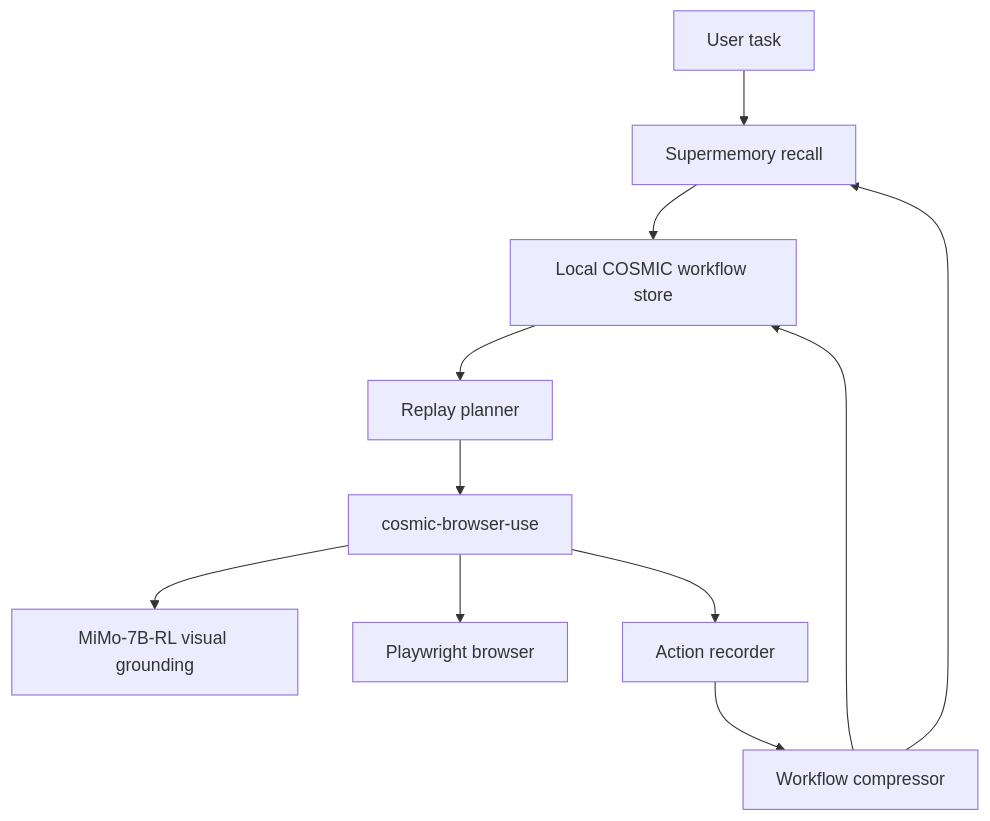
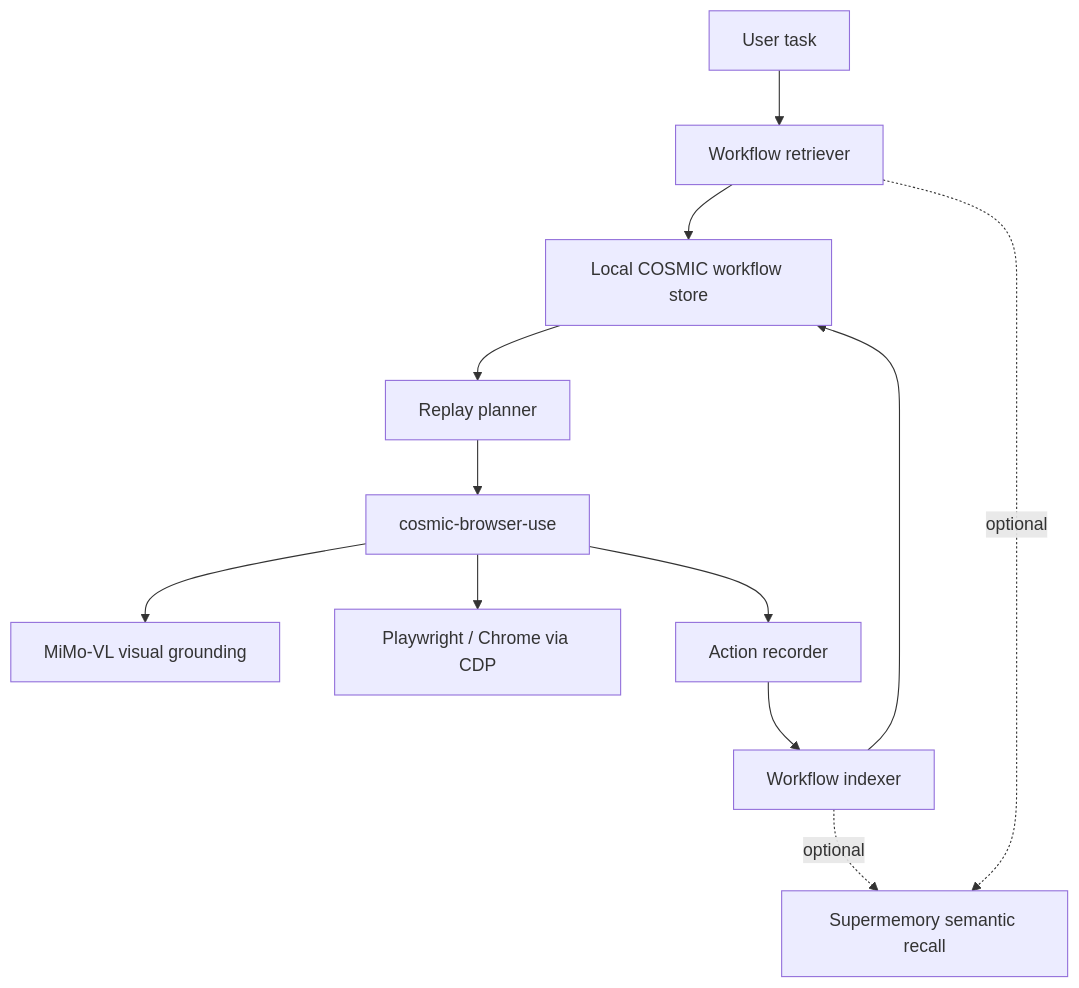
The diagram in README.md (uspraveen/agent-browser-index), drawn with Mermaid before and after one commit. The commit also changed other lines of this file and 3 other files, not shown here.

````diff
--- a/README.md
+++ b/README.md
@@ -80,13 +81,14 @@
 ```mermaid
 flowchart TD
-    U[User task] --> R[Supermemory recall]
+    U[User task] --> R[Workflow retriever]
     R --> W[Local COSMIC workflow store]
     W --> P[Replay planner]
     P --> B[cosmic-browser-use]
-    B --> V[MiMo-7B-RL visual grounding]
-    B --> PW[Playwright browser]
+    B --> V[MiMo-VL visual grounding]
+    B --> PW[Playwright / Chrome via CDP]
     B --> A[Action recorder]
-    A --> C[Workflow compressor]
+    A --> C[Workflow indexer]
     C --> W
-    C --> R
+    C -.->|optional| SM[Supermemory semantic recall]
+    R -.->|optional| SM
 ```
````
